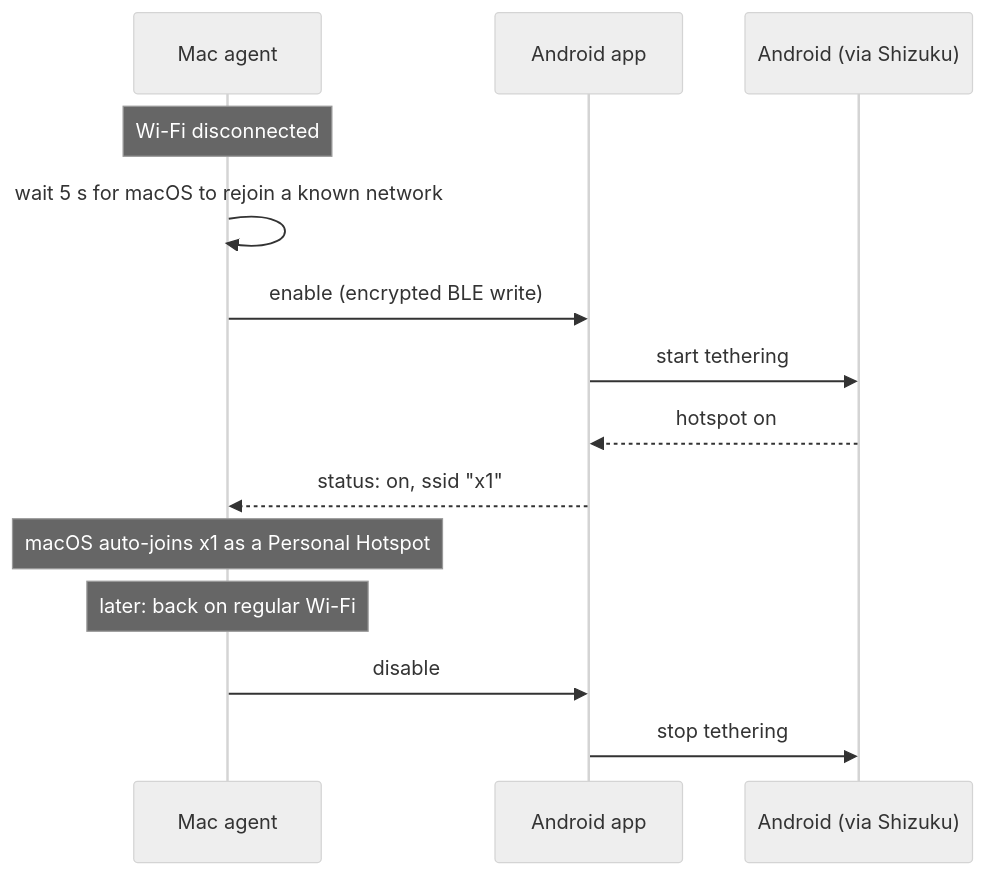
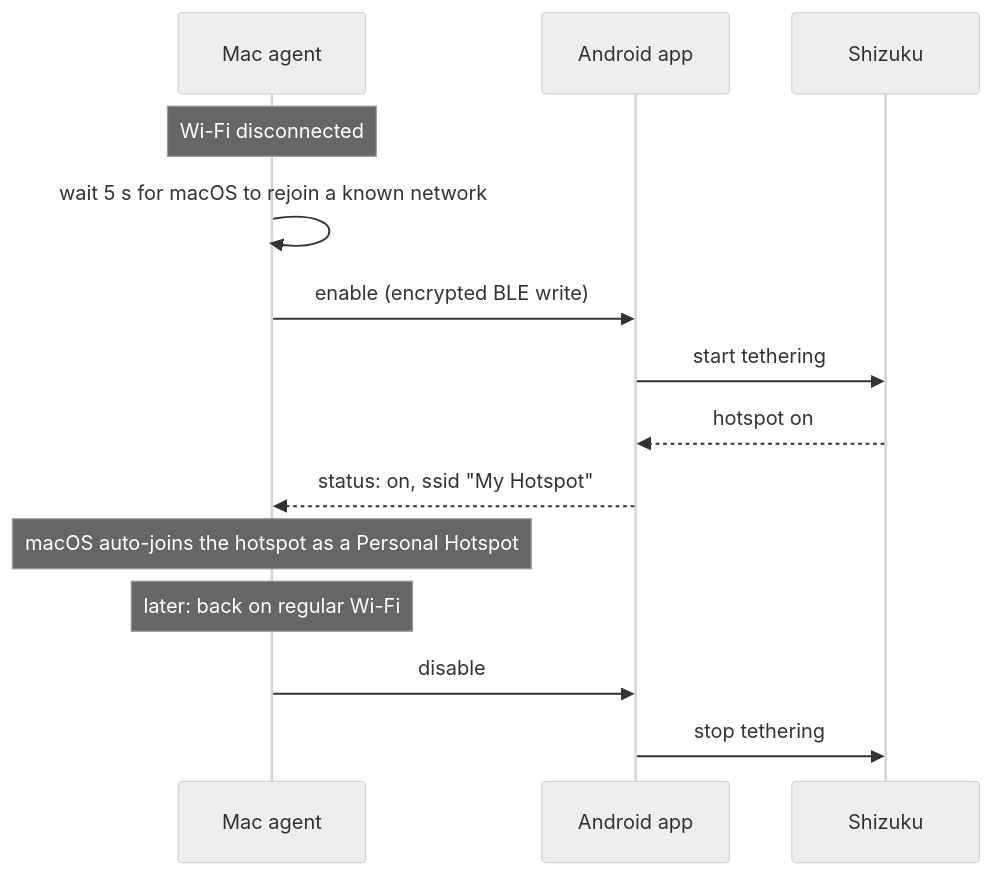
Before and after one commit to xav-ie/Tetherbug: the first of 2 diagrams in README.md, drawn with Mermaid (neutral theme). The commit also changed other lines of this file and 4 other files, not shown here.

First line of the commit message:
docs: illustrate each step and drop the personal hotspot name

````diff
--- a/README.md
+++ b/README.md
@@ -25,16 +31,16 @@
 ```mermaid
 sequenceDiagram
     participant Mac as Mac agent
     participant Phone as Android app
-    participant Android as Android (via Shizuku)
+    participant Shizuku
     Note over Mac: Wi-Fi disconnected
     Mac->>Mac: wait 5 s for macOS to rejoin a known network
     Mac->>Phone: enable (encrypted BLE write)
-    Phone->>Android: start tethering
-    Android-->>Phone: hotspot on
-    Phone-->>Mac: status: on, ssid "x1"
-    Note over Mac: macOS auto-joins x1 as a Personal Hotspot
+    Phone->>Shizuku: start tethering
+    Shizuku-->>Phone: hotspot on
+    Phone-->>Mac: status: on, ssid "My Hotspot"
+    Note over Mac: macOS auto-joins the hotspot as a Personal Hotspot
     Note over Mac: later: back on regular Wi-Fi
     Mac->>Phone: disable
-    Phone->>Android: stop tethering
+    Phone->>Shizuku: stop tethering
 ```
````
